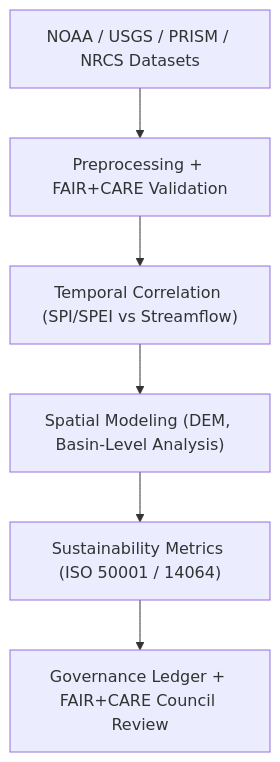
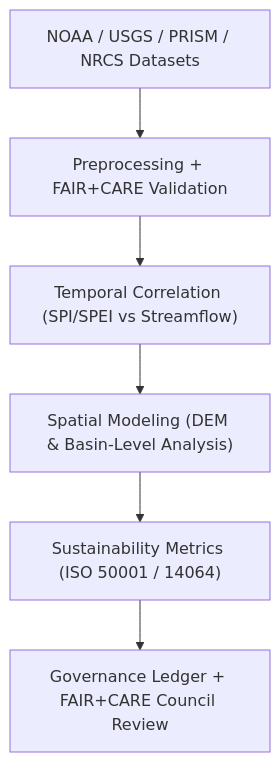
One commit to bartytime4life/Kansas-Frontier-Matrix changed the first of 2 diagrams in docs/analyses/hydrology/README.md. Above: the diagram before and after it, drawn with Mermaid. The commit also changed other lines of this file, not shown here.

````diff
--- a/docs/analyses/hydrology/README.md
+++ b/docs/analyses/hydrology/README.md
@@ -81,8 +220,9 @@
 ```mermaid
 flowchart TD
-  A["NOAA / USGS / PRISM / NRCS Datasets"] --> B["Preprocessing + FAIR+CARE Validation"]
+  A["NOAA / USGS / PRISM / NRCS Datasets"]
+    --> B["Preprocessing + FAIR+CARE Validation"]
   B --> C["Temporal Correlation (SPI/SPEI vs Streamflow)"]
-  C --> D["Spatial Modeling (DEM, Basin-Level Analysis)"]
+  C --> D["Spatial Modeling (DEM & Basin-Level Analysis)"]
   D --> E["Sustainability Metrics (ISO 50001 / 14064)"]
   E --> F["Governance Ledger + FAIR+CARE Council Review"]
 ```
````
